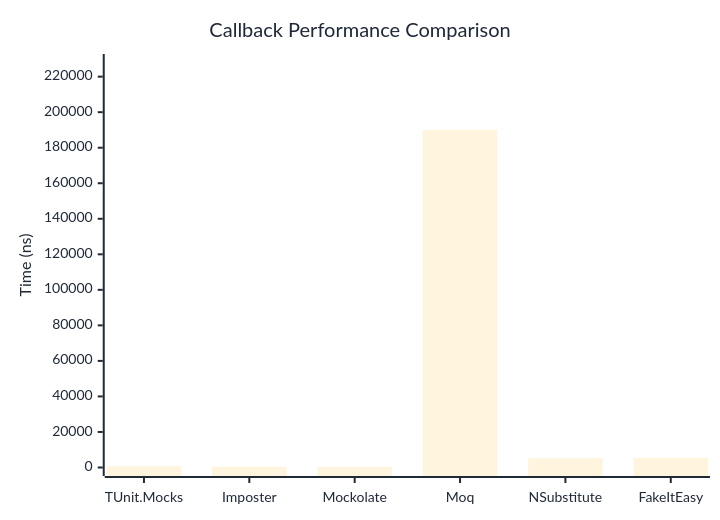
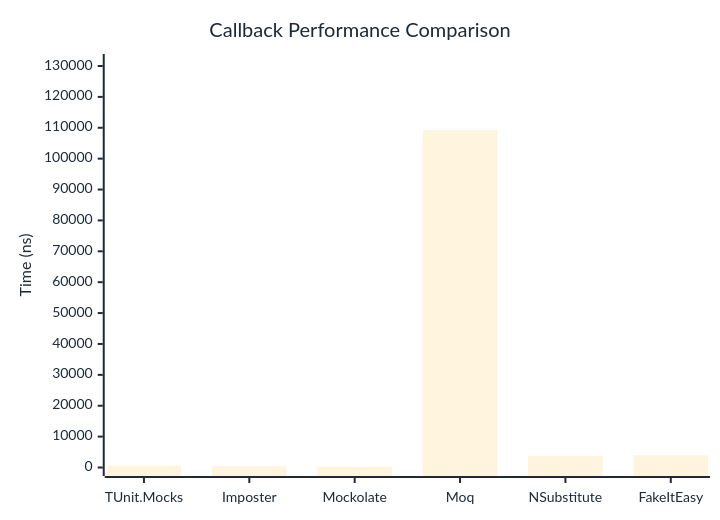
Before and after one commit to thomhurst/TUnit: the first of 2 diagrams in docs/docs/benchmarks/mocks/Callback.md, drawn with Mermaid. The commit also changed other lines of this file and 14 other files, not shown here.

````diff
--- a/docs/docs/benchmarks/mocks/Callback.md
+++ b/docs/docs/benchmarks/mocks/Callback.md
@@ -30,27 +30,27 @@
 ```mermaid
 %%{init: {
   'theme':'base',
   'themeVariables': {
     'primaryColor': '#2563eb',
     'primaryTextColor': '#1f2937',
     'primaryBorderColor': '#1e40af',
     'lineColor': '#6b7280',
     'secondaryColor': '#7c3aed',
     'tertiaryColor': '#dc2626',
     'background': '#ffffff',
     'pie1': '#2563eb',
     'pie2': '#7c3aed',
     'pie3': '#dc2626',
     'pie4': '#f59e0b',
     'pie5': '#10b981',
     'pie6': '#06b6d4',
     'pie7': '#ec4899',
     'pie8': '#6366f1'
   }
 }}%%
 xychart-beta
   title "Callback Performance Comparison"
   x-axis ["TUnit.Mocks", "Imposter", "Mockolate", "Moq", "NSubstitute", "FakeItEasy"]
-  y-axis "Time (ns)" 0 --> 227966
-  bar [741.5, 502.3, 379, 189971.1, 5249, 5408]
+  y-axis "Time (ns)" 0 --> 131133
+  bar [564.1, 393.3, 288.8, 109276.8, 3746.2, 3983.2]
 ```
````
